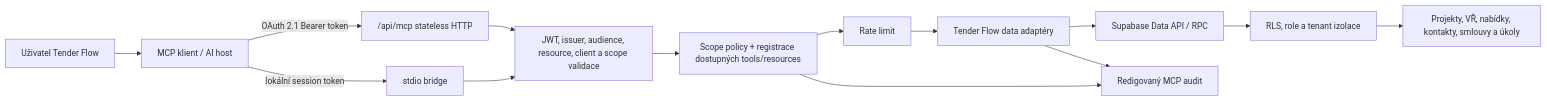
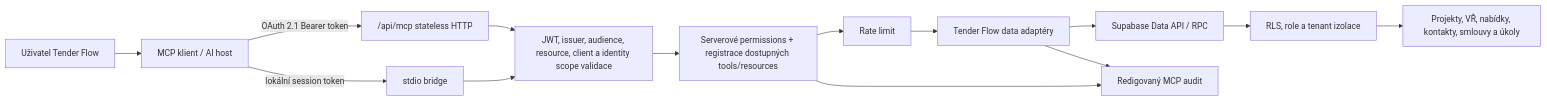
One commit to Martin82K/Tender-Flow changed the diagram in docs/mcp/architecture.md. Above: the diagram before and after it, drawn with Mermaid. The commit also changed other lines of this file and 27 other files, not shown here.

````diff
--- a/docs/mcp/architecture.md
+++ b/docs/mcp/architecture.md
@@ -9,16 +9,16 @@
 ```mermaid
 flowchart LR
   U["Uživatel Tender Flow"] --> C["MCP klient / AI host"]
   C -->|"OAuth 2.1 Bearer token"| H["/api/mcp stateless HTTP"]
   C -->|"lokální session token"| S["stdio bridge"]
-  H --> V["JWT, issuer, audience, resource, client a scope validace"]
+  H --> V["JWT, issuer, audience, resource, client a identity scope validace"]
   S --> V
-  V --> P["Scope policy + registrace dostupných tools/resources"]
+  V --> P["Serverové permissions + registrace dostupných tools/resources"]
   P --> R["Rate limit"]
   R --> D["Tender Flow data adaptéry"]
   D --> Q["Supabase Data API / RPC"]
   Q --> A["RLS, role a tenant izolace"]
   A --> B["Projekty, VŘ, nabídky, kontakty, smlouvy a úkoly"]
   P --> L["Redigovaný MCP audit"]
   D --> L
 ```
````
